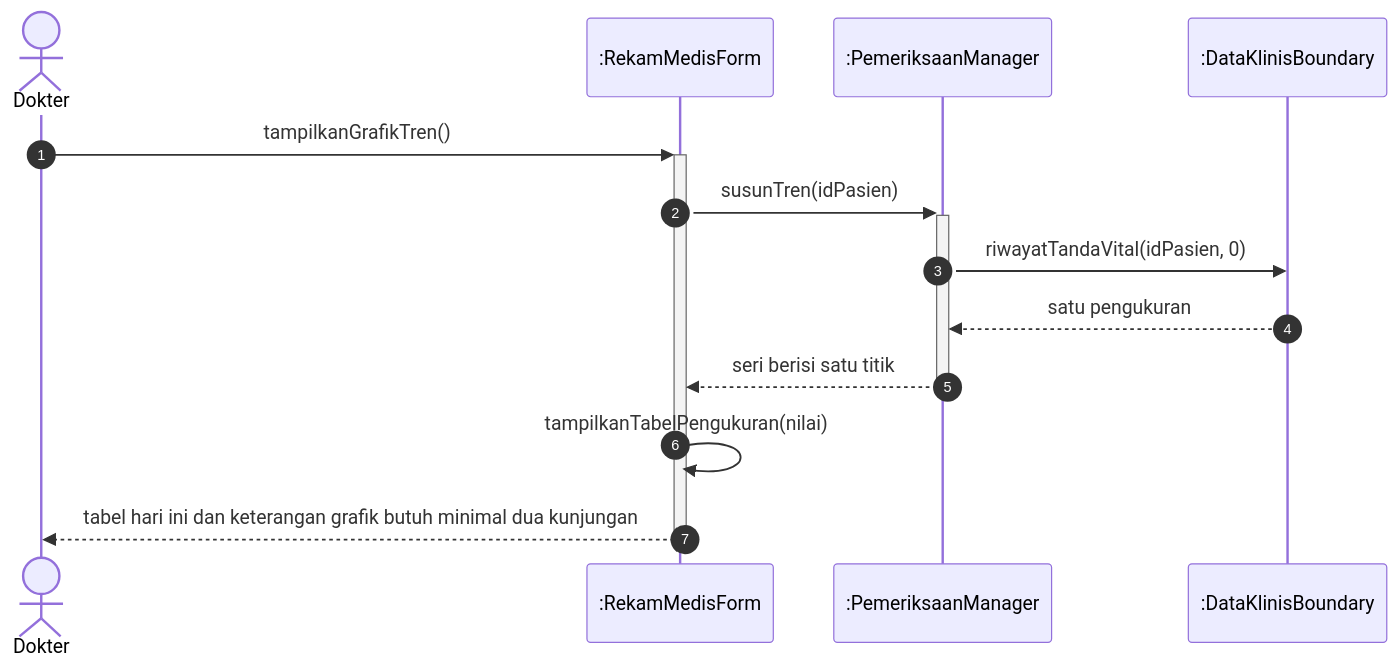
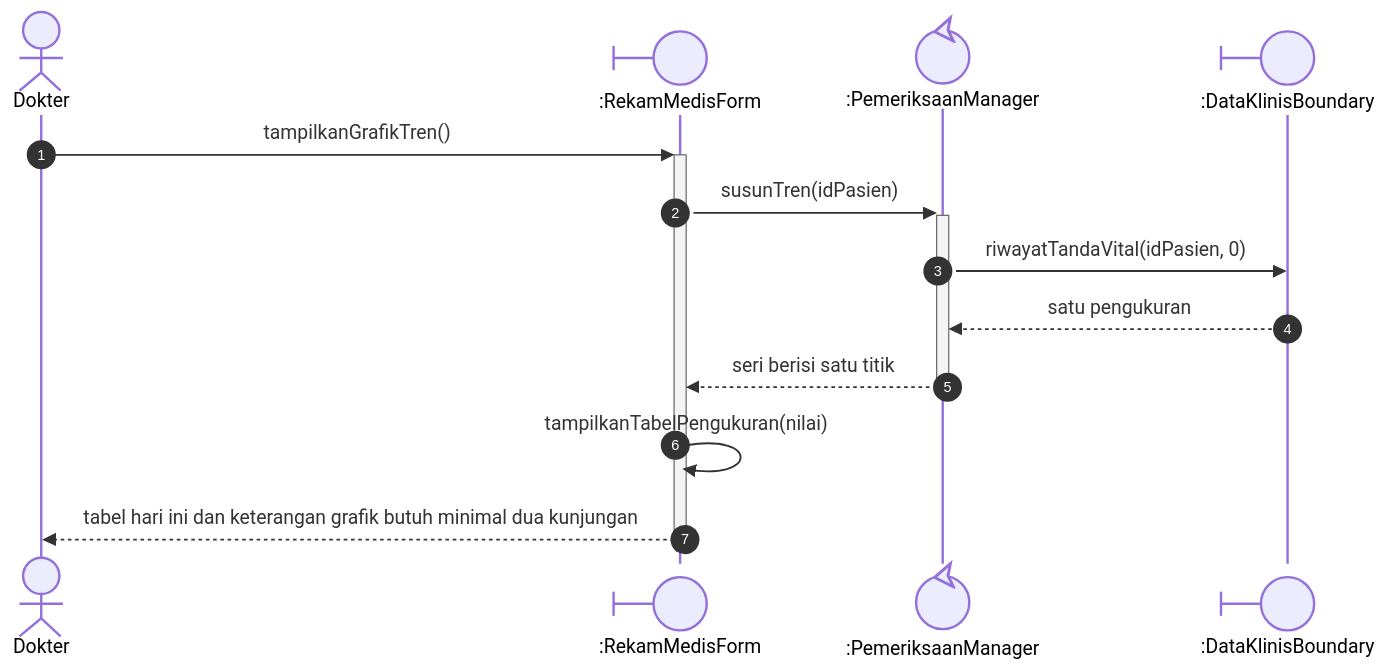
Before and after one commit to angseleong/IF2150-RPL-K02-G09: the diagram in docs/M7/assets/diagram/src/sequence-uc05-alt4.mmd, drawn with Mermaid. The commit also changed 59 other files, not shown here.

Commit message:
docs(m7): gambar ulang sequence UC01-UC06 dengan notasi BCE dan pangkas diagram kelas

```diff
--- a/docs/M7/assets/diagram/src/sequence-uc05-alt4.mmd
+++ b/docs/M7/assets/diagram/src/sequence-uc05-alt4.mmd
@@ -1,13 +1,13 @@
 sequenceDiagram
   autonumber
   actor A as Dokter
-  participant RekamMedisForm as :RekamMedisForm
-  participant PemeriksaanManager as :PemeriksaanManager
-  participant DataKlinisBoundary as :DataKlinisBoundary
+  participant RekamMedisForm@{ "type": "boundary" } as :RekamMedisForm
+  participant PemeriksaanManager@{ "type": "control" } as :PemeriksaanManager
+  participant DataKlinisBoundary@{ "type": "boundary" } as :DataKlinisBoundary
   A->>+RekamMedisForm: tampilkanGrafikTren()
   RekamMedisForm->>+PemeriksaanManager: susunTren(idPasien)
   PemeriksaanManager->>DataKlinisBoundary: riwayatTandaVital(idPasien, 0)
   DataKlinisBoundary-->>PemeriksaanManager: satu pengukuran
   PemeriksaanManager-->>-RekamMedisForm: seri berisi satu titik
   RekamMedisForm->>RekamMedisForm: tampilkanTabelPengukuran(nilai)
   RekamMedisForm-->>-A: tabel hari ini dan keterangan grafik butuh minimal dua kunjungan
```
